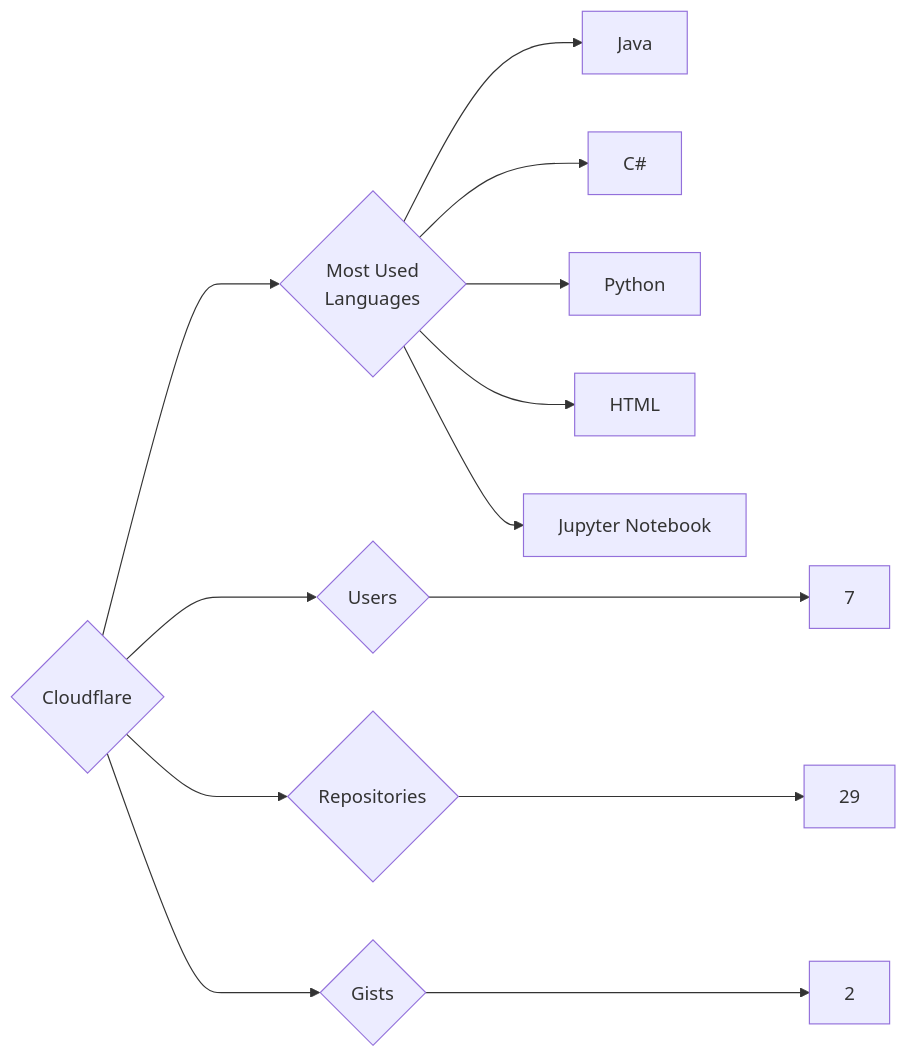
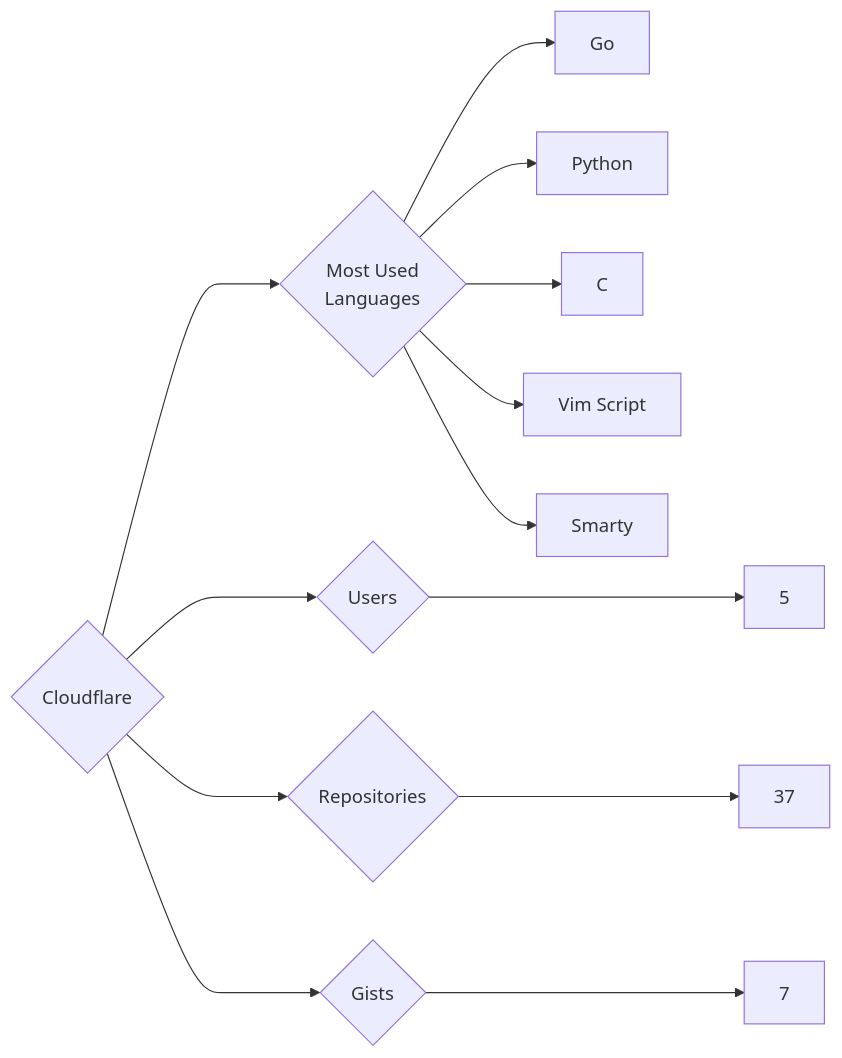
One commit to trickest/insiders changed the diagram in targets/Cloudflare/README.md. Above: the diagram before and after it, drawn with Mermaid. The commit also changed 1123 other files, not shown here.

````diff
--- a/targets/Cloudflare/README.md
+++ b/targets/Cloudflare/README.md
@@ -3,13 +3,13 @@
 ```mermaid
 graph LR
 COMPANY_NAME{Cloudflare}
-COMPANY_NAME ---> U{Users} ---> UN[7]
-COMPANY_NAME ---> R{Repositories} ---> RN[29]
-COMPANY_NAME ---> G{Gists} ---> GN[2]
+COMPANY_NAME ---> U{Users} ---> UN[5]
+COMPANY_NAME ---> R{Repositories} ---> RN[37]
+COMPANY_NAME ---> G{Gists} ---> GN[7]
 COMPANY_NAME ---> ML{Most Used<br>Languages}
-ML --> Java[Java]
-ML --> C#[C#]
+ML --> Go[Go]
 ML --> Python[Python]
-ML --> HTML[HTML]
-ML --> Jupyter_Notebook[Jupyter Notebook]
+ML --> C[C]
+ML --> Vim_Script[Vim Script]
+ML --> Smarty[Smarty]
 ```
````
